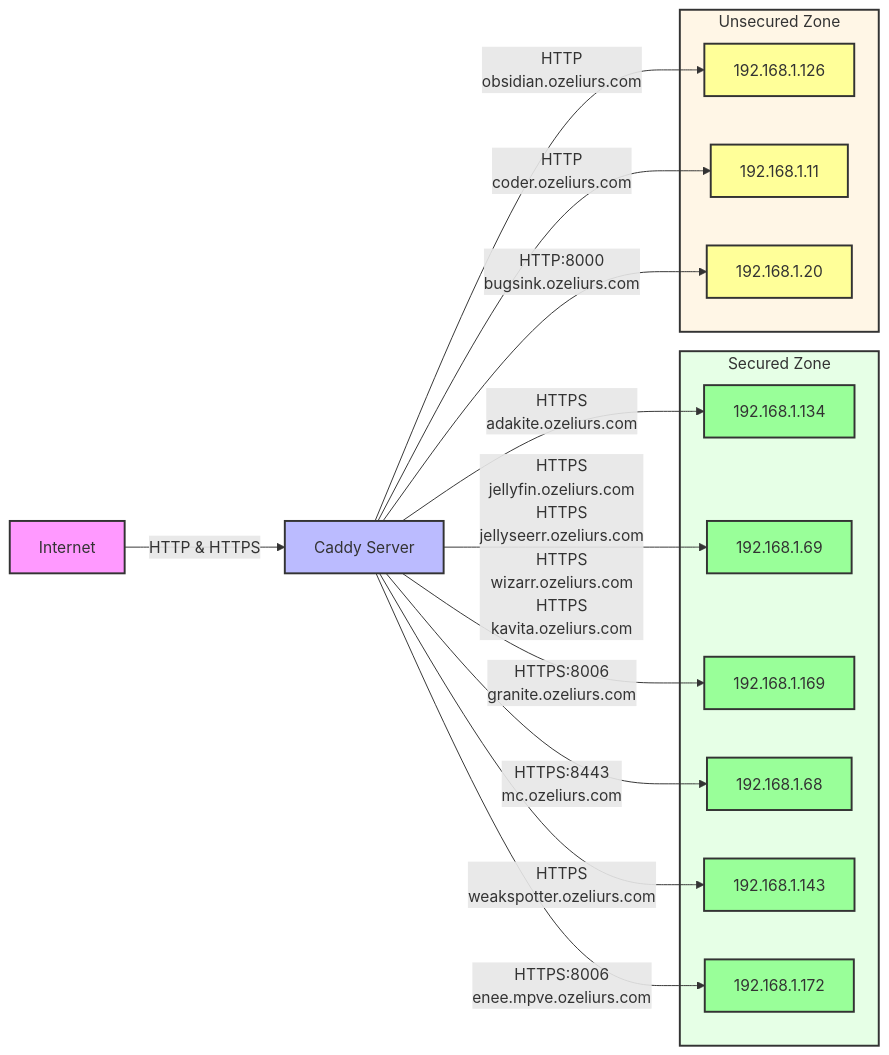
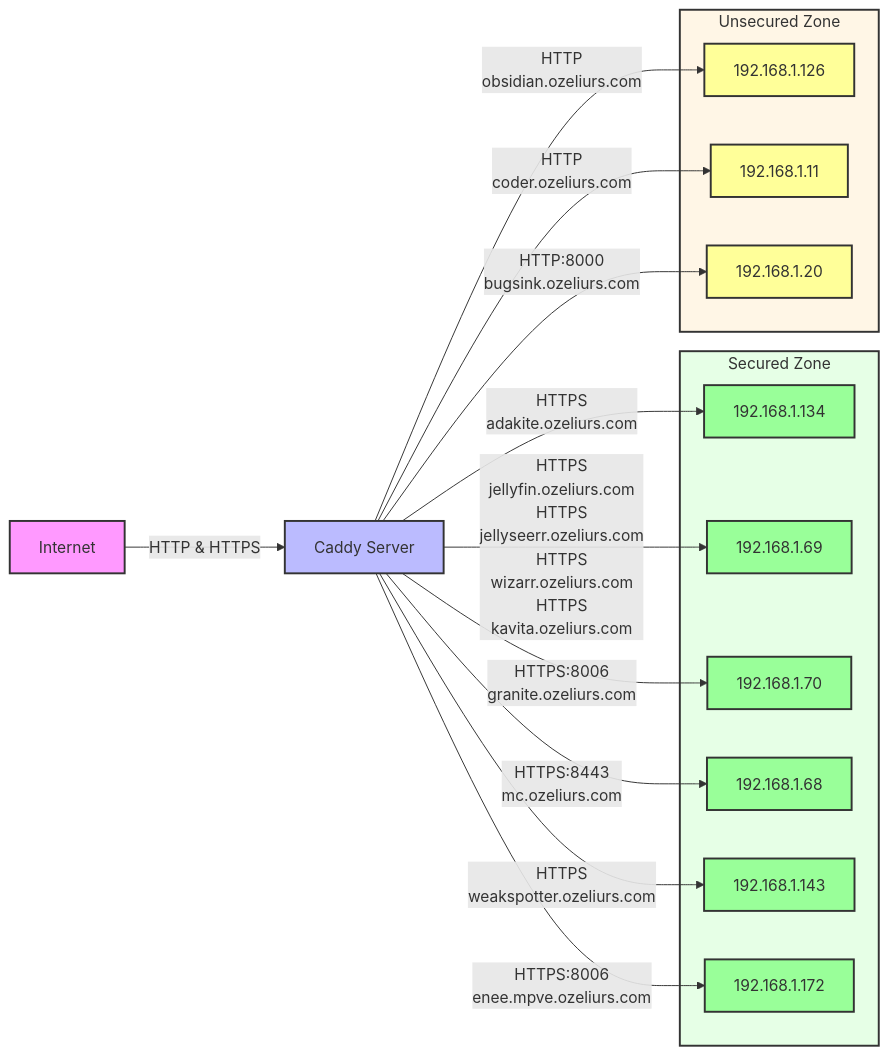
One commit to ozeliurs/dc-reverse-proxy-config changed the diagram in README.md. Above: the diagram before and after it, drawn with Mermaid. The commit also changed 1 other file, not shown here.

Commit message:
Generate and update Caddyfile, Mermaid diagram, and Dockerfile

````diff
--- a/README.md
+++ b/README.md
@@ -34,57 +34,57 @@
 ```mermaid
 graph LR
     %% Style definitions
     classDef internet fill:#f9f,stroke:#333,stroke-width:2px;
     classDef proxy fill:#bbf,stroke:#333,stroke-width:2px;
     classDef backend fill:#bfb,stroke:#333,stroke-width:2px;
     classDef secure fill:#9f9,stroke:#333,stroke-width:2px;
     classDef unsecure fill:#ff9,stroke:#333,stroke-width:2px;
 
     %% Nodes
     I[Internet]
     C[Caddy Server]
 
     %% Apply styles
     class I internet
     class C proxy
 
     %% Base connections
     I -->|HTTP & HTTPS| C
 
     %% Backend groups
     subgraph Secured[Secured Zone]
         style Secured fill:#e6ffe6,stroke:#333,stroke-width:2px
         S0[192.168.1.134]
         class S0 secure
         S1[192.168.1.69]
         class S1 secure
-        S2[192.168.1.169]
+        S2[192.168.1.70]
         class S2 secure
         S3[192.168.1.68]
         class S3 secure
         S4[192.168.1.143]
         class S4 secure
         S5[192.168.1.172]
         class S5 secure
     end
 
     subgraph Unsecured[Unsecured Zone]
         style Unsecured fill:#fff6e6,stroke:#333,stroke-width:2px
         U0[192.168.1.126]
         class U0 unsecure
         U1[192.168.1.11]
         class U1 unsecure
         U2[192.168.1.20]
         class U2 unsecure
     end
 
     C -->|HTTPS<br>adakite.ozeliurs.com| S0
     C -->|HTTPS<br>jellyfin.ozeliurs.com<br>HTTPS<br>jellyseerr.ozeliurs.com<br>HTTPS<br>wizarr.ozeliurs.com<br>HTTPS<br>kavita.ozeliurs.com| S1
     C -->|HTTPS:8006<br>granite.ozeliurs.com| S2
     C -->|HTTPS:8443<br>mc.ozeliurs.com| S3
     C -->|HTTP<br>obsidian.ozeliurs.com| U0
     C -->|HTTPS<br>weakspotter.ozeliurs.com| S4
     C -->|HTTPS:8006<br>enee.mpve.ozeliurs.com| S5
     C -->|HTTP<br>coder.ozeliurs.com| U1
     C -->|HTTP:8000<br>bugsink.ozeliurs.com| U2
 ```
````
